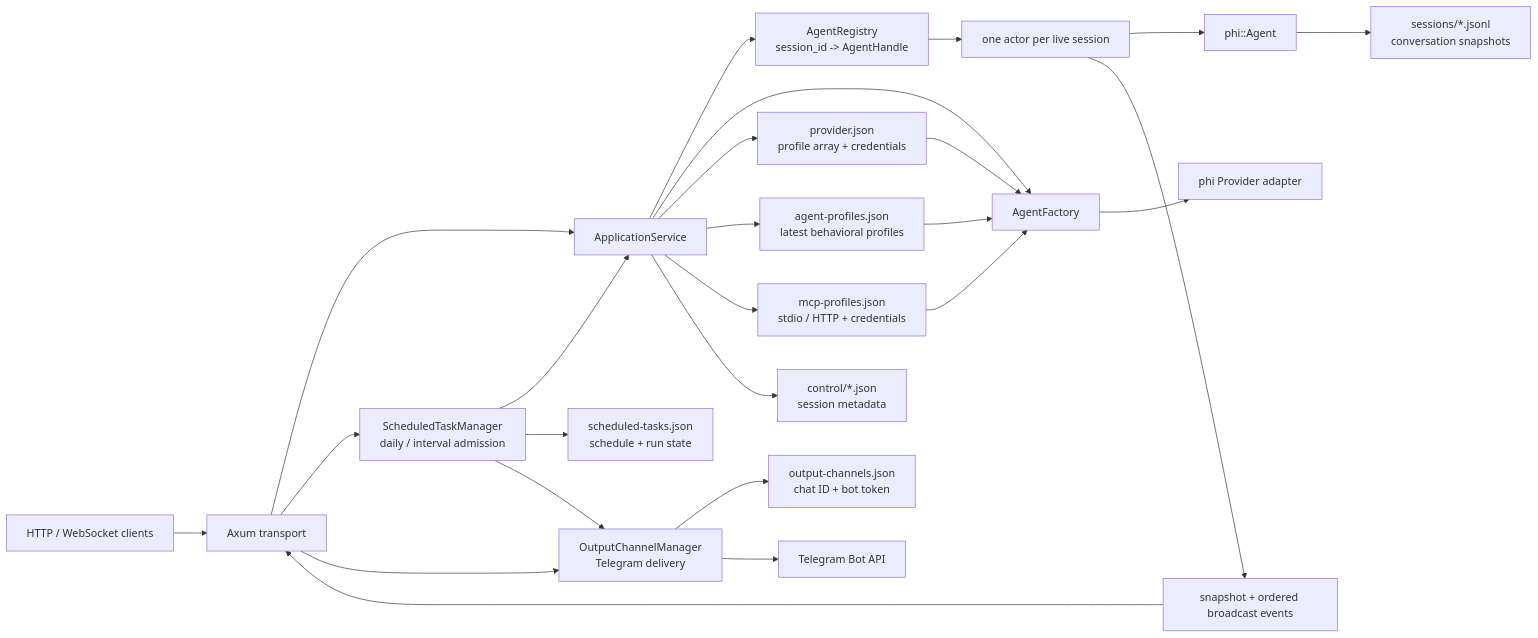
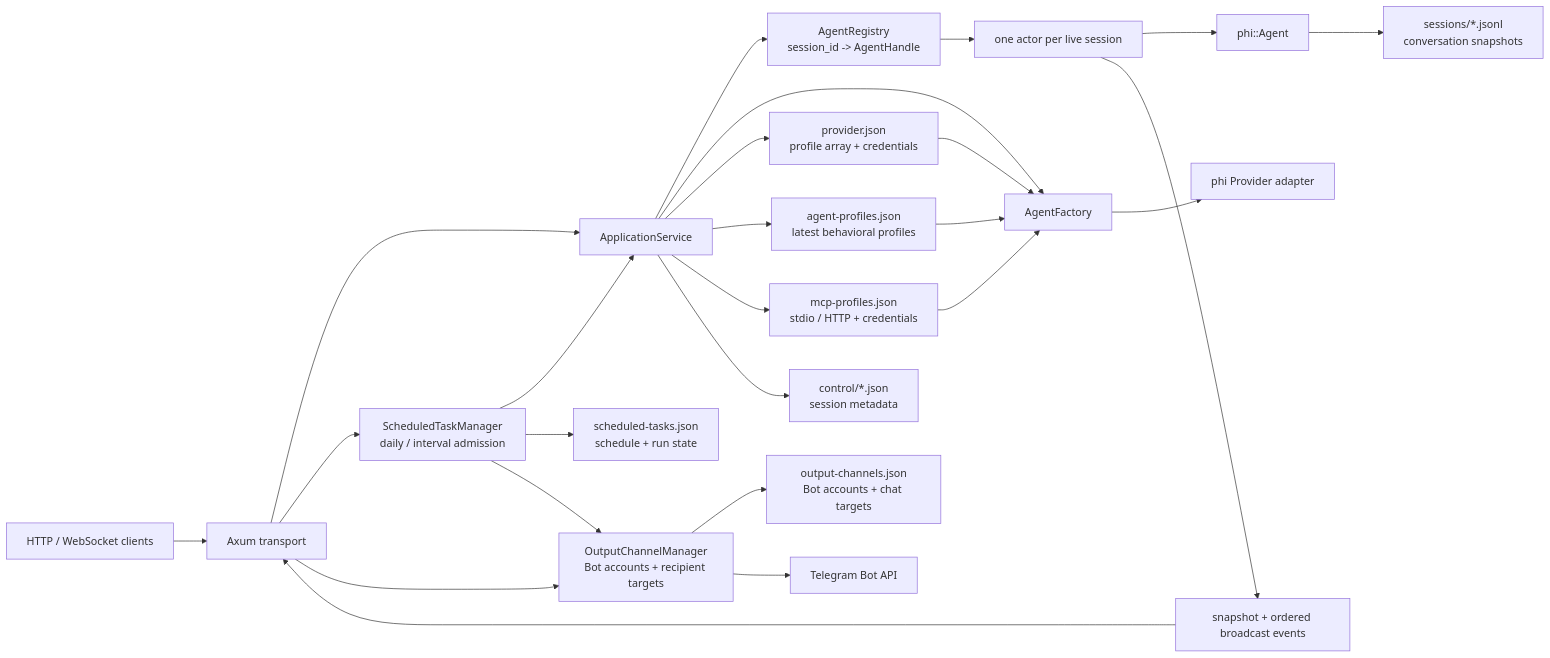
The diagram in crates/phi-daemon/README.md (yearsyan/phi), drawn with Mermaid before and after one commit. The commit also changed other lines of this file and 43 other files, not shown here.

````diff
--- a/crates/phi-daemon/README.md
+++ b/crates/phi-daemon/README.md
@@ -18,27 +18,27 @@
 ```mermaid
 flowchart LR
     Client["HTTP / WebSocket clients"] --> Axum["Axum transport"]
     Axum --> Service["ApplicationService"]
     Service --> Registry["AgentRegistry<br/>session_id -> AgentHandle"]
     Service --> Factory["AgentFactory"]
     Service --> ProviderProfiles["provider.json<br/>profile array + credentials"]
     ProviderProfiles --> Factory
     Service --> AgentProfiles["agent-profiles.json<br/>latest behavioral profiles"]
     AgentProfiles --> Factory
     Service --> McpProfiles["mcp-profiles.json<br/>stdio / HTTP + credentials"]
     McpProfiles --> Factory
     Axum --> Scheduler["ScheduledTaskManager<br/>daily / interval admission"]
     Scheduler --> Service
     Scheduler --> ScheduledStore["scheduled-tasks.json<br/>schedule + run state"]
-    Scheduler --> OutputChannels["OutputChannelManager<br/>Telegram delivery"]
+    Scheduler --> OutputChannels["OutputChannelManager<br/>Bot accounts + recipient targets"]
     Axum --> OutputChannels
-    OutputChannels --> OutputStore["output-channels.json<br/>chat ID + bot token"]
+    OutputChannels --> OutputStore["output-channels.json<br/>Bot accounts + chat targets"]
     OutputChannels --> Telegram["Telegram Bot API"]
     Factory --> Provider["phi Provider adapter"]
     Registry --> Actor["one actor per live session"]
     Actor --> Agent["phi::Agent"]
     Actor --> Hub["snapshot + ordered broadcast events"]
     Hub --> Axum
     Service --> Metadata["control/*.json<br/>session metadata"]
     Agent --> Transcript["sessions/*.jsonl<br/>conversation snapshots"]
 ```
````
